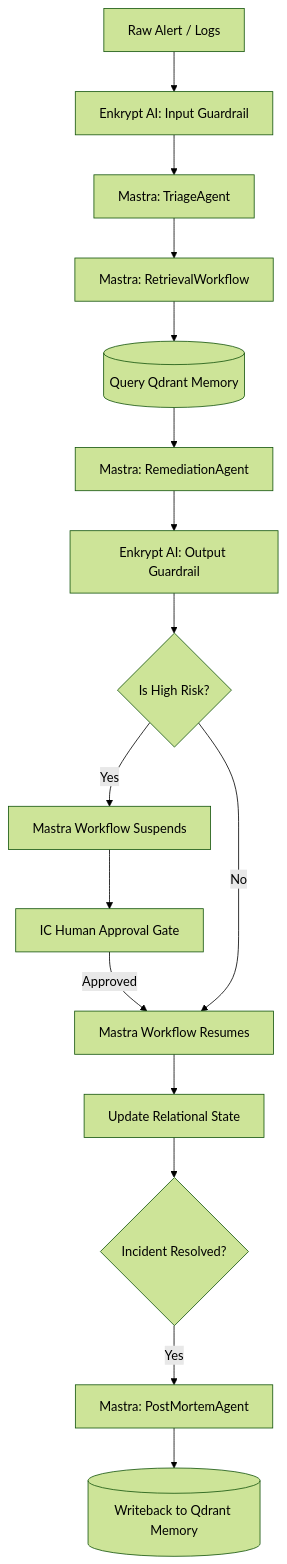
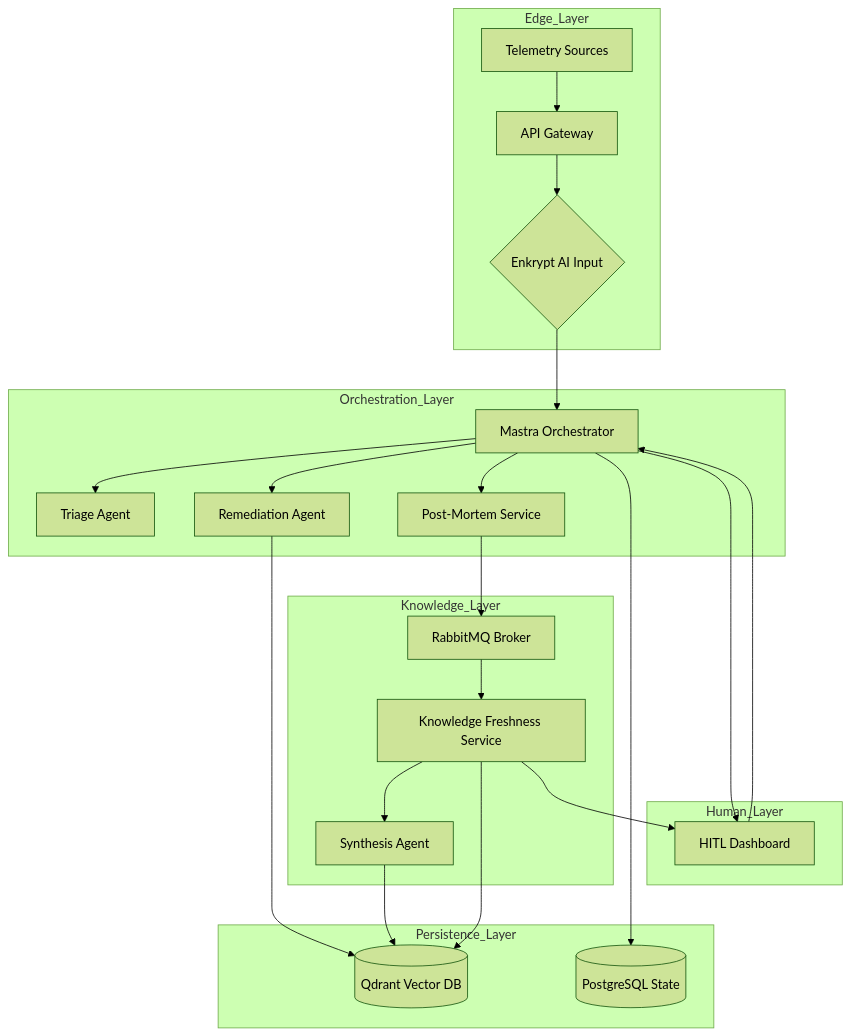
The first of 2 diagrams in docs/PRD.md (Shahsmit075/mastra-hktn), drawn with Mermaid (forest theme) before and after one commit. The commit also changed other lines of this file and 22 other files, not shown here.

````diff
--- a/docs/PRD.md
+++ b/docs/PRD.md
@@ -181,20 +108,33 @@
 ```mermaid
-flowchart TD
-  Input[Raw Alert / Logs] --> InputCheck[Enkrypt AI: Input Guardrail]
-  InputCheck --> Triage[Mastra: TriageAgent]
-  Triage --> Retrieval[Mastra: RetrievalWorkflow]
-  Retrieval --> QdrantQuery[(Query Qdrant Memory)]
-  QdrantQuery --> Remediation[Mastra: RemediationAgent]
-  Remediation --> OutputCheck[Enkrypt AI: Output Guardrail]
-  OutputCheck --> ApprovalCheck{Is High Risk?}
-  
-  ApprovalCheck -- Yes --> Suspend[Mastra Workflow Suspends]
-  Suspend --> ICApproval[IC Human Approval Gate]
-  ICApproval -- Approved --> Resume[Mastra Workflow Resumes]
-  ApprovalCheck -- No --> Resume
-  
-  Resume --> UpdateTimeline[Update Relational State]
-  UpdateTimeline --> Resolve{Incident Resolved?}
-  Resolve -- Yes --> PostMortem[Mastra: PostMortemAgent]
-  PostMortem --> Writeback[(Writeback to Qdrant Memory)]
+graph TD
+    subgraph Edge_Layer
+        A[Telemetry Sources] --> B[API Gateway]
+        B --> C{Enkrypt AI Input}
+    end
+
+    subgraph Orchestration_Layer
+        C --> D[Mastra Orchestrator]
+        D --> E[Triage Agent]
+        D --> F[Remediation Agent]
+        D --> G[Post-Mortem Service]
+    end
+
+    subgraph Knowledge_Layer
+        G --> H[RabbitMQ Broker]
+        H --> I[Knowledge Freshness Service]
+        I --> J[Synthesis Agent]
+    end
+
+    subgraph Persistence_Layer
+        D --> K[(PostgreSQL State)]
+        F --> L[(Qdrant Vector DB)]
+        I --> L
+        J --> L
+    end
+
+    subgraph Human_Layer
+        D --> M[HITL Dashboard]
+        M --> D
+        I --> M
+    end
 ```
````
